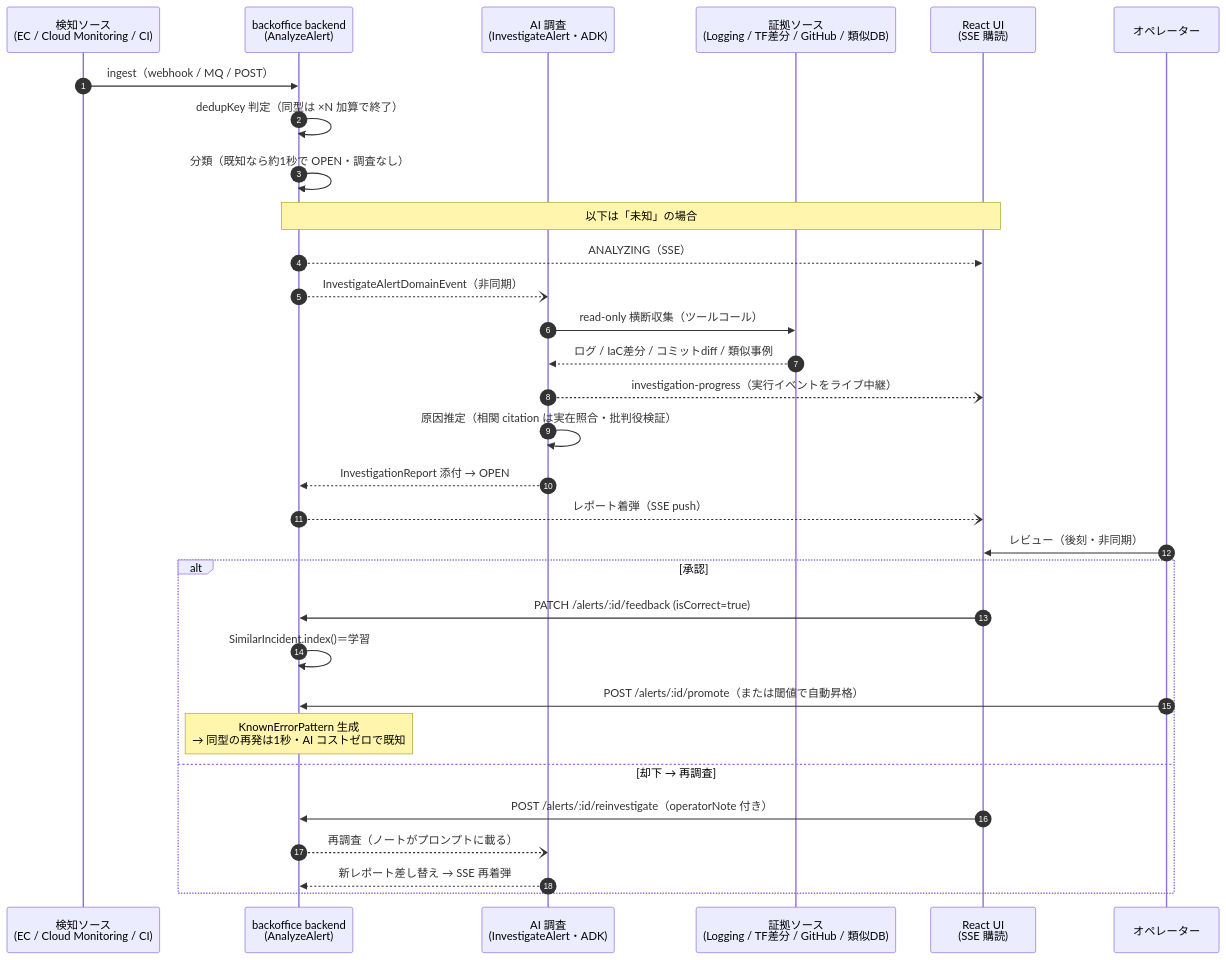
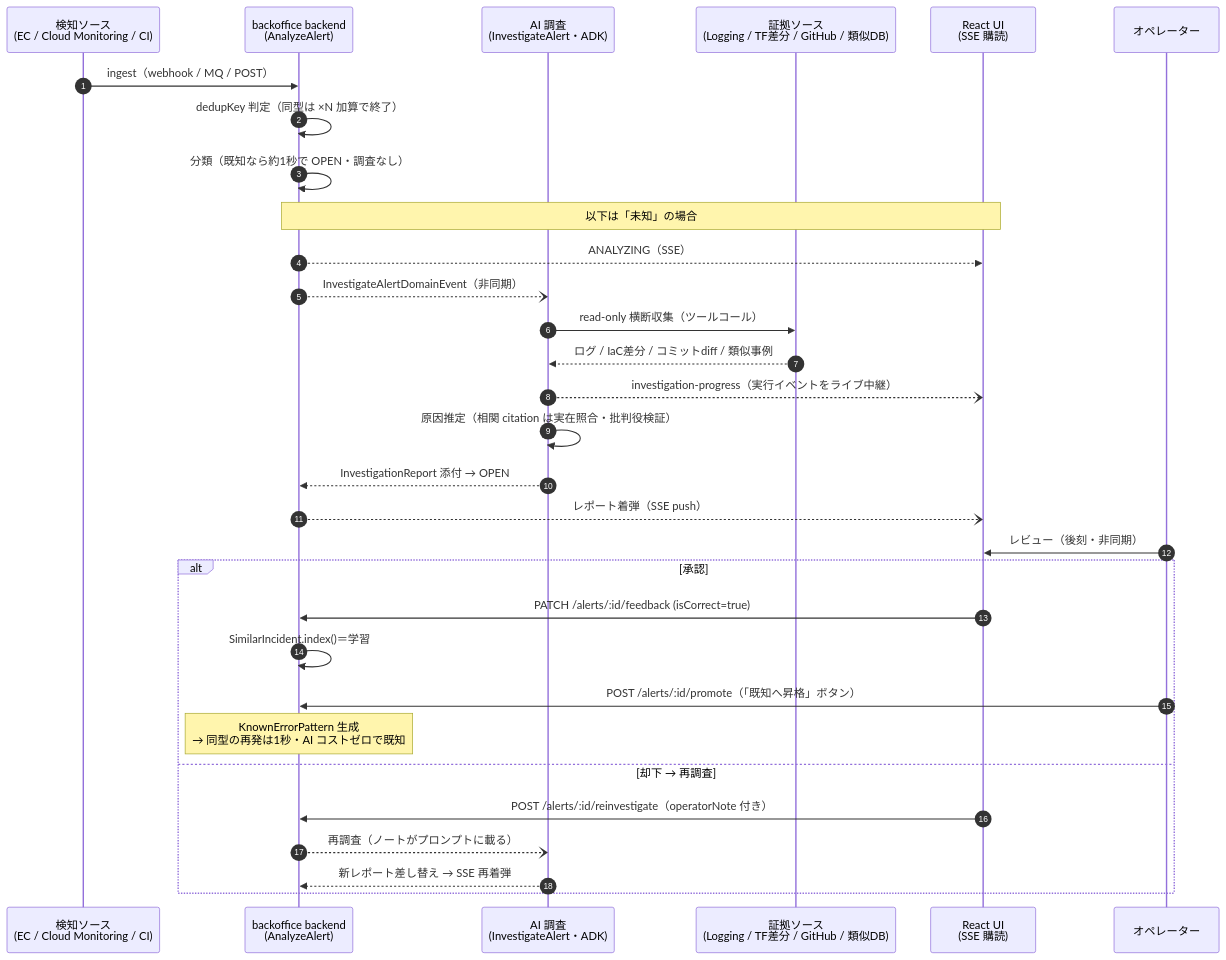
Before and after one commit to nagoyamanaka/ec-monitoring-agent: the third of 6 diagrams in docs/architecture.md, drawn with Mermaid. The commit also changed other lines of this file and 14 other files, not shown here.

````diff
--- a/docs/architecture.md
+++ b/docs/architecture.md
@@ -98,34 +98,34 @@
 ```mermaid
 sequenceDiagram
   autonumber
   participant SRC as 検知ソース<br/>(EC / Cloud Monitoring / CI)
   participant BE as backoffice backend<br/>(AnalyzeAlert)
   participant INV as AI 調査<br/>(InvestigateAlert・ADK)
   participant EV as 証拠ソース<br/>(Logging / TF差分 / GitHub / 類似DB)
   participant UI as React UI<br/>(SSE 購読)
   participant OP as オペレーター
 
   SRC->>BE: ingest（webhook / MQ / POST）
   BE->>BE: dedupKey 判定（同型は ×N 加算で終了）
   BE->>BE: 分類（既知なら約1秒で OPEN・調査なし）
   Note over BE,UI: 以下は「未知」の場合
   BE-->>UI: ANALYZING（SSE）
   BE--)INV: InvestigateAlertDomainEvent（非同期）
   INV->>EV: read-only 横断収集（ツールコール）
   EV-->>INV: ログ / IaC差分 / コミットdiff / 類似事例
   INV--)UI: investigation-progress（実行イベントをライブ中継）
   INV->>INV: 原因推定（相関 citation は実在照合・批判役検証）
   INV-->>BE: InvestigationReport 添付 → OPEN
   BE--)UI: レポート着弾（SSE push）
   OP->>UI: レビュー（後刻・非同期）
   alt 承認
     UI->>BE: PATCH /alerts/:id/feedback (isCorrect=true)
     BE->>BE: SimilarIncident.index()＝学習
-    OP->>BE: POST /alerts/:id/promote（または閾値で自動昇格）
+    OP->>BE: POST /alerts/:id/promote（「既知へ昇格」ボタン）
     Note over BE: KnownErrorPattern 生成<br/>→ 同型の再発は1秒・AI コストゼロで既知
   else 却下 → 再調査
     UI->>BE: POST /alerts/:id/reinvestigate（operatorNote 付き）
     BE--)INV: 再調査（ノートがプロンプトに載る）
     INV-->>BE: 新レポート差し替え → SSE 再着弾
   end
 ```
````
